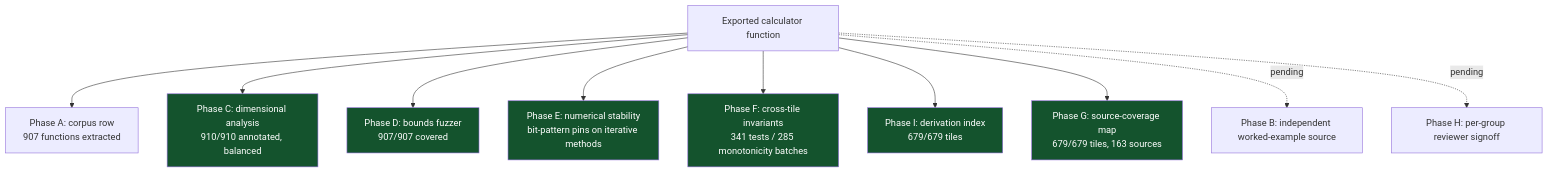
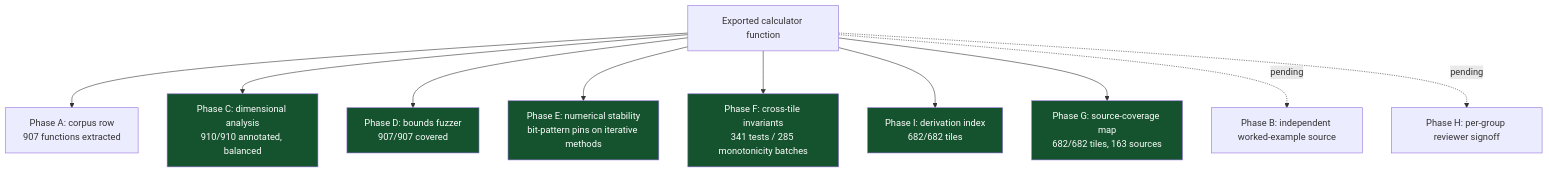
Before and after one commit to clay-good/roughlogic.com: the sixth of 8 diagrams in README.md, drawn with Mermaid. The commit also changed other lines of this file and 18 other files, not shown here.

````diff
--- a/README.md
+++ b/README.md
@@ -519,18 +519,18 @@
 ```mermaid
 flowchart TB
     F[Exported calculator function] --> A[Phase A: corpus row\n907 functions extracted]
     F --> C[Phase C: dimensional analysis\n910/910 annotated, balanced]
     F --> D[Phase D: bounds fuzzer\n907/907 covered]
     F --> E[Phase E: numerical stability\nbit-pattern pins on iterative methods]
     F --> Fa[Phase F: cross-tile invariants\n341 tests / 285 monotonicity batches]
-    F --> I[Phase I: derivation index\n679/679 tiles]
-    F --> G[Phase G: source-coverage map\n679/679 tiles, 163 sources]
+    F --> I[Phase I: derivation index\n682/682 tiles]
+    F --> G[Phase G: source-coverage map\n682/682 tiles, 163 sources]
     F -.pending.-> B[Phase B: independent worked-example source]
     F -.pending.-> H[Phase H: per-group reviewer signoff]
     style C fill:#14532d,color:#fff
     style D fill:#14532d,color:#fff
     style E fill:#14532d,color:#fff
     style Fa fill:#14532d,color:#fff
     style G fill:#14532d,color:#fff
     style I fill:#14532d,color:#fff
 ```
````
